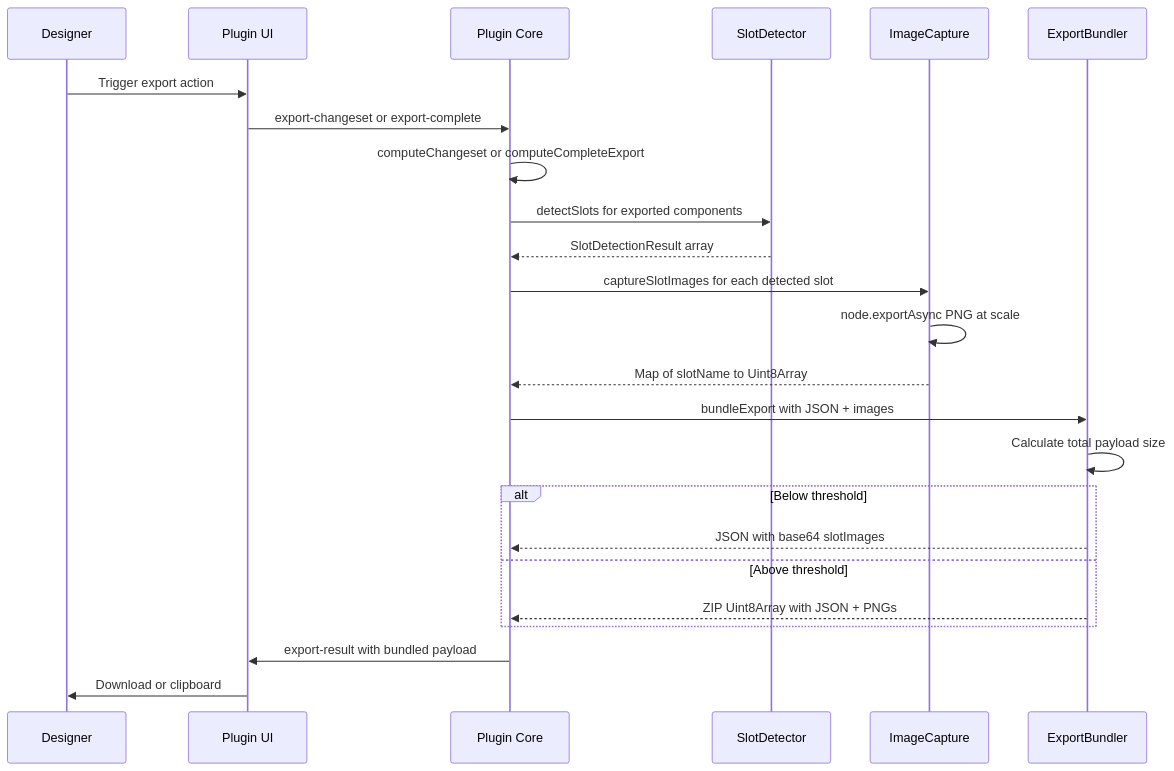
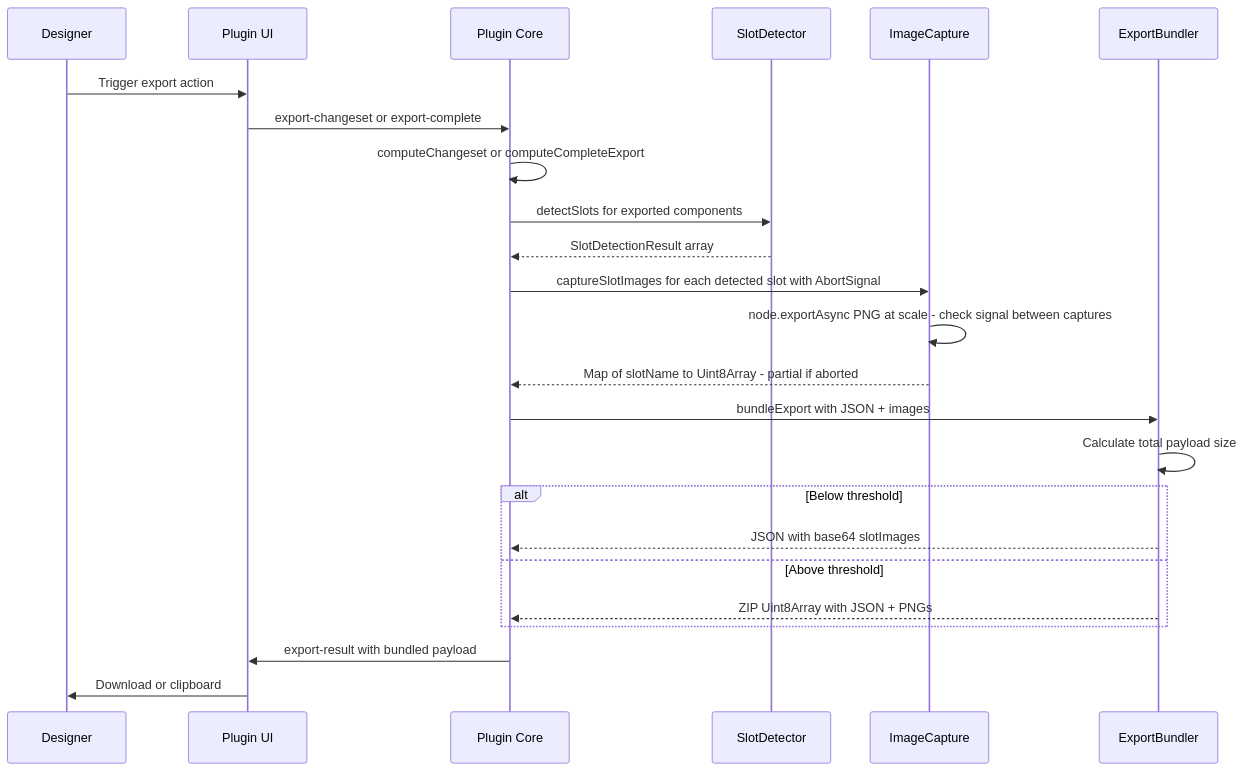
The third of 5 diagrams in .kiro/specs/canvas-component/design.md (TETRA2000/figma-component-dsl), drawn with Mermaid before and after one commit. The commit also changed other lines of this file and 2 other files, not shown here.

First line of the commit message:
Apply design review suggestions: known limitations, fallback parsing, abort support

````diff
--- a/.kiro/specs/canvas-component/design.md
+++ b/.kiro/specs/canvas-component/design.md
@@ -124,27 +128,27 @@
 ```mermaid
 sequenceDiagram
     participant User as Designer
     participant UI as Plugin UI
     participant Core as Plugin Core
     participant Detector as SlotDetector
     participant Capture as ImageCapture
     participant Bundler as ExportBundler
 
     User->>UI: Trigger export action
     UI->>Core: export-changeset or export-complete
     Core->>Core: computeChangeset or computeCompleteExport
     Core->>Detector: detectSlots for exported components
     Detector-->>Core: SlotDetectionResult array
-    Core->>Capture: captureSlotImages for each detected slot
-    Capture->>Capture: node.exportAsync PNG at scale
-    Capture-->>Core: Map of slotName to Uint8Array
+    Core->>Capture: captureSlotImages for each detected slot with AbortSignal
+    Capture->>Capture: node.exportAsync PNG at scale - check signal between captures
+    Capture-->>Core: Map of slotName to Uint8Array - partial if aborted
     Core->>Bundler: bundleExport with JSON + images
     Bundler->>Bundler: Calculate total payload size
     alt Below threshold
         Bundler-->>Core: JSON with base64 slotImages
     else Above threshold
         Bundler-->>Core: ZIP Uint8Array with JSON + PNGs
     end
     Core->>UI: export-result with bundled payload
     UI->>User: Download or clipboard
 ```
````
